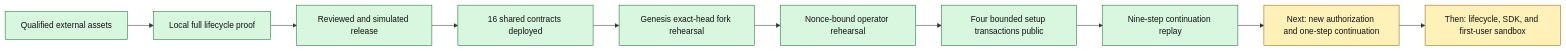
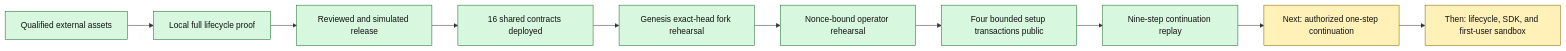
One commit to vmbbz/stonkHedge changed the first of 5 diagrams in docs/architecture/robinhood-testnet-system.md. Above: the diagram before and after it, drawn with Mermaid. The commit also changed other lines of this file and 6 other files, not shown here.

````diff
--- a/docs/architecture/robinhood-testnet-system.md
+++ b/docs/architecture/robinhood-testnet-system.md
@@ -52,17 +52,17 @@
 ```mermaid
 flowchart LR
     A[Qualified external assets] --> B[Local full lifecycle proof]
     B --> C[Reviewed and simulated release]
     C --> D[16 shared contracts deployed]
     D --> E[Genesis exact-head fork rehearsal]
     E --> F[Nonce-bound operator rehearsal]
     F --> H[Four bounded setup transactions public]
     H --> I[Nine-step continuation replay]
-    I --> J[Next: new authorization and one-step continuation]
+    I --> J[Next: authorized one-step continuation]
     J --> G[Then: lifecycle, SDK, and first-user sandbox]
 
     classDef done fill:#d7f7df,stroke:#176b2c,color:#111;
     classDef next fill:#fff1b8,stroke:#8a6700,color:#111;
     class A,B,C,D,E,F,H,I done;
     class J,G next;
 ```
````
